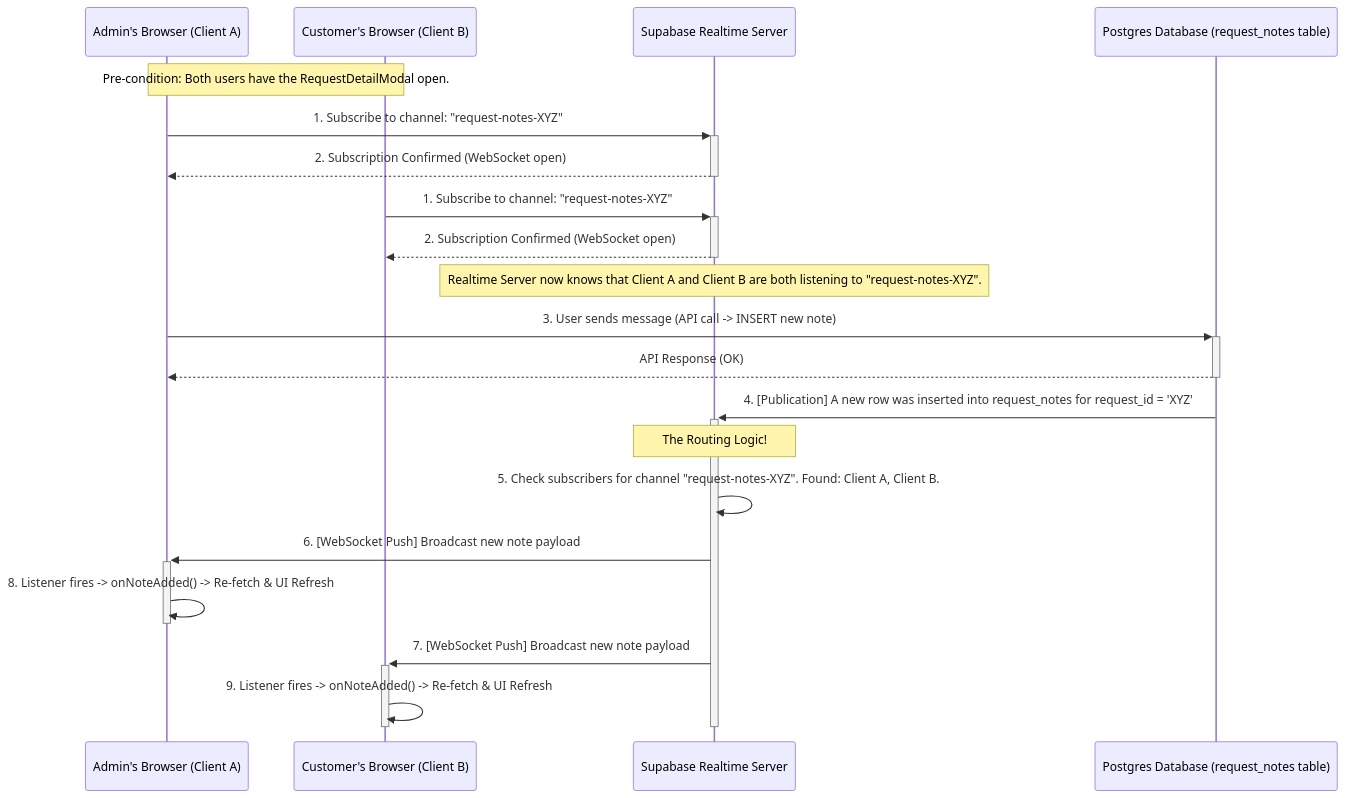
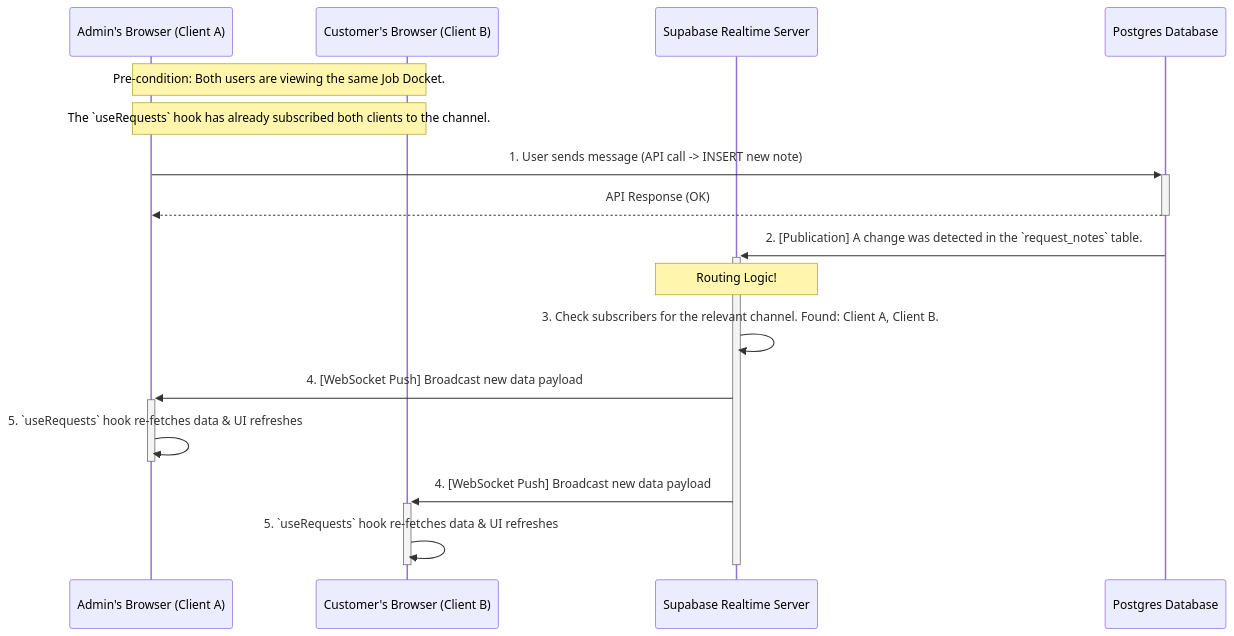
One commit to richfrem/PlumbingPoC changed the fourth of 4 diagrams in README.md. Above: the diagram before and after it, drawn with Mermaid. The commit also changed other lines of this file and 1 other file, not shown here.

````diff
--- a/README.md
+++ b/README.md
@@ -271,35 +227,28 @@
 ```mermaid
 sequenceDiagram
     participant Admin's Browser (Client A)
     participant Customer's Browser (Client B)
     participant Supabase Realtime Server
-    participant Postgres Database (request_notes table)
+    participant Postgres Database
 
-    Note over Admin's Browser (Client A), Customer's Browser (Client B): Pre-condition: Both users have the RequestDetailModal open.
+    Note over Admin's Browser (Client A), Customer's Browser (Client B): Pre-condition: Both users are viewing the same Job Docket.
+    Note over Admin's Browser (Client A), Customer's Browser (Client B): The `useRequests` hook has already subscribed both clients to the channel.
 
-    Admin's Browser (Client A)->>+Supabase Realtime Server: 1. Subscribe to channel: "request-notes-XYZ"
-    Supabase Realtime Server-->>-Admin's Browser (Client A): 2. Subscription Confirmed (WebSocket open)
+    Admin's Browser (Client A)->>+Postgres Database: 1. User sends message (API call -> INSERT new note)
+    Postgres Database-->>-Admin's Browser (Client A): API Response (OK)
 
-    Customer's Browser (Client B)->>+Supabase Realtime Server: 1. Subscribe to channel: "request-notes-XYZ"
-    Supabase Realtime Server-->>-Customer's Browser (Client B): 2. Subscription Confirmed (WebSocket open)
+    Postgres Database->>+Supabase Realtime Server: 2. [Publication] A change was detected in the `request_notes` table.
+    
+    Note over Supabase Realtime Server: Routing Logic!
+    Supabase Realtime Server->>Supabase Realtime Server: 3. Check subscribers for the relevant channel. Found: Client A, Client B.
 
-    Note over Supabase Realtime Server: Realtime Server now knows that Client A and Client B are both listening to "request-notes-XYZ".
-
-    Admin's Browser (Client A)->>+Postgres Database (request_notes table): 3. User sends message (API call -> INSERT new note)
-    Postgres Database (request_notes table)-->>-Admin's Browser (Client A): API Response (OK)
-
-    Postgres Database (request_notes table)->>+Supabase Realtime Server: 4. [Publication] A new row was inserted into request_notes for request_id = 'XYZ'
-    
-    Note over Supabase Realtime Server: The Routing Logic!
-    Supabase Realtime Server->>Supabase Realtime Server: 5. Check subscribers for channel "request-notes-XYZ". Found: Client A, Client B.
-
-    Supabase Realtime Server->>+Admin's Browser (Client A): 6. [WebSocket Push] Broadcast new note payload
-    Admin's Browser (Client A)->>Admin's Browser (Client A): 8. Listener fires -> onNoteAdded() -> Re-fetch & UI Refresh
+    Supabase Realtime Server->>+Admin's Browser (Client A): 4. [WebSocket Push] Broadcast new data payload
+    Admin's Browser (Client A)->>Admin's Browser (Client A): 5. `useRequests` hook re-fetches data & UI refreshes
     deactivate Admin's Browser (Client A)
 
-    Supabase Realtime Server->>+Customer's Browser (Client B): 7. [WebSocket Push] Broadcast new note payload
-    Customer's Browser (Client B)->>Customer's Browser (Client B): 9. Listener fires -> onNoteAdded() -> Re-fetch & UI Refresh
+    Supabase Realtime Server->>+Customer's Browser (Client B): 4. [WebSocket Push] Broadcast new data payload
+    Customer's Browser (Client B)->>Customer's Browser (Client B): 5. `useRequests` hook re-fetches data & UI refreshes
     deactivate Customer's Browser (Client B)
     
     deactivate Supabase Realtime Server
 ```
````
